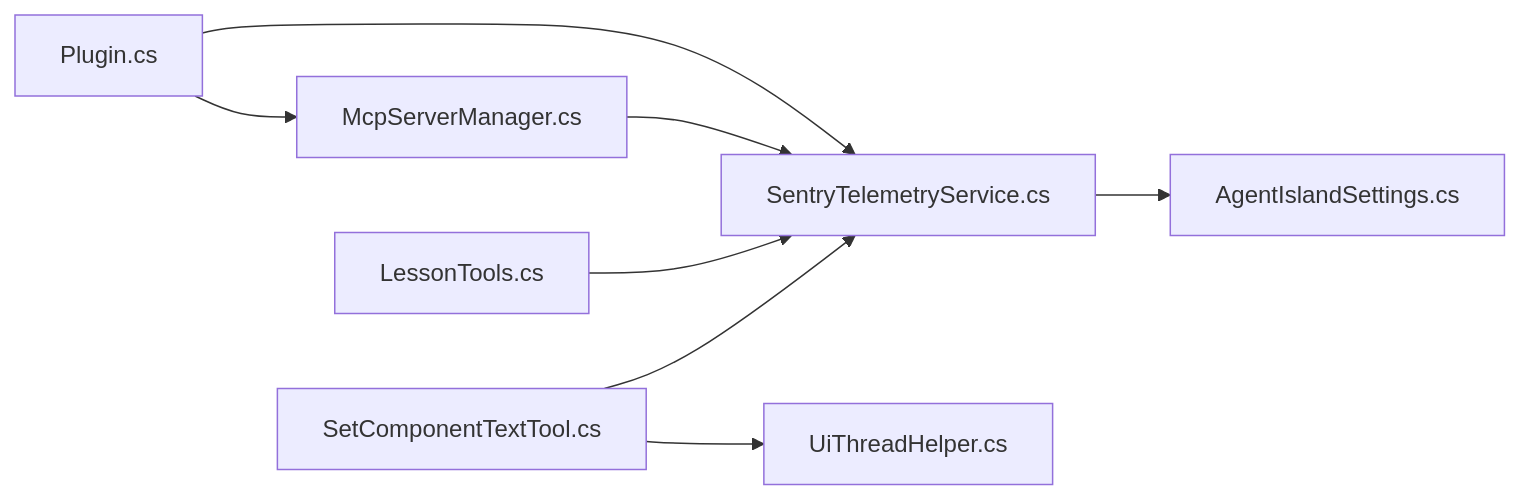
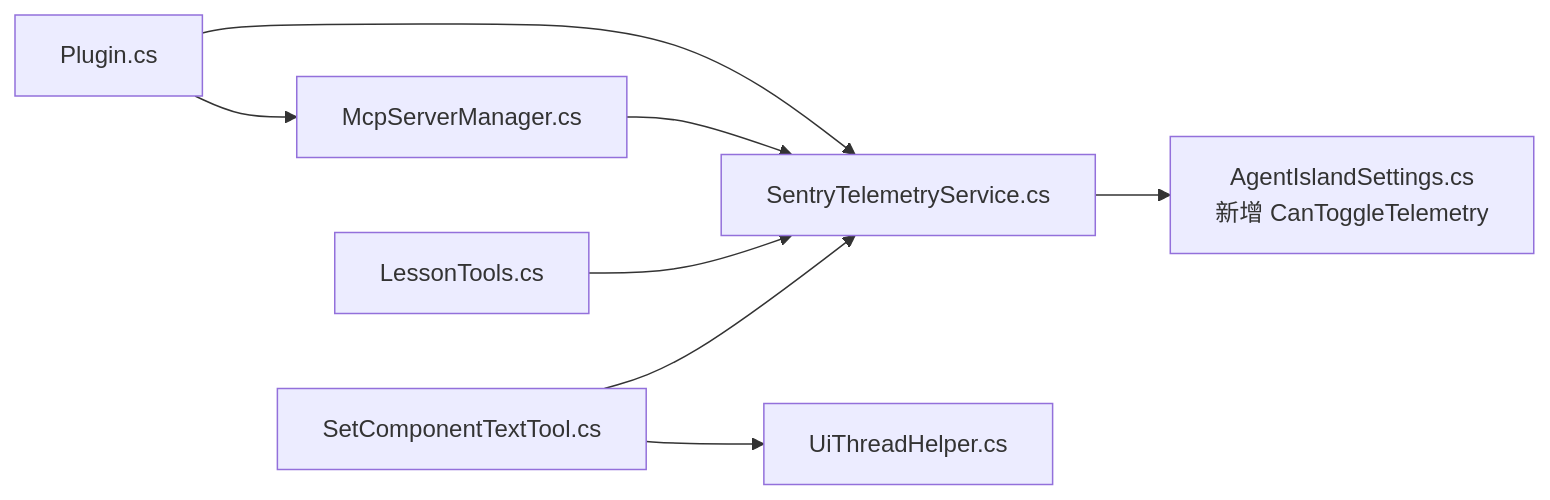
Before and after one commit to ShihaoShenDev/AgentIsland: the seventh of 7 diagrams in .qoder/repowiki/zh/content/遥测和监控.md, drawn with Mermaid. The commit also changed other lines of this file and 54 other files, not shown here.

Commit message:
docs: restructure repowiki docs, add overview/settings pages, refresh telemetry docs and build scripts

````diff
--- a/.qoder/repowiki/zh/content/遥测和监控.md
+++ b/.qoder/repowiki/zh/content/遥测和监控.md
@@ -316,10 +332,10 @@
 ```mermaid
 graph LR
 Plugin["Plugin.cs"] --> Telemetry["SentryTelemetryService.cs"]
 Plugin --> McpMgr["McpServerManager.cs"]
-Telemetry --> Settings["AgentIslandSettings.cs"]
+Telemetry --> Settings["AgentIslandSettings.cs<br/>新增 CanToggleTelemetry"]
 McpMgr --> Telemetry
 LessonTools["LessonTools.cs"] --> Telemetry
 SetCompText["SetComponentTextTool.cs"] --> Telemetry
 SetCompText --> UiHelper["UiThreadHelper.cs"]
 ```
````
